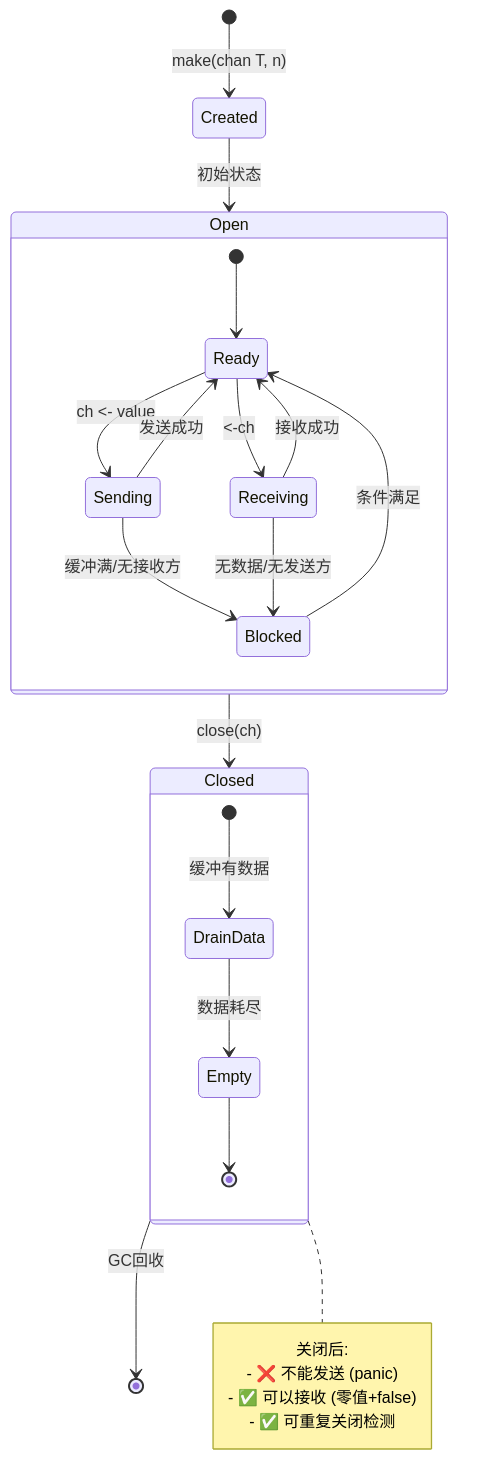
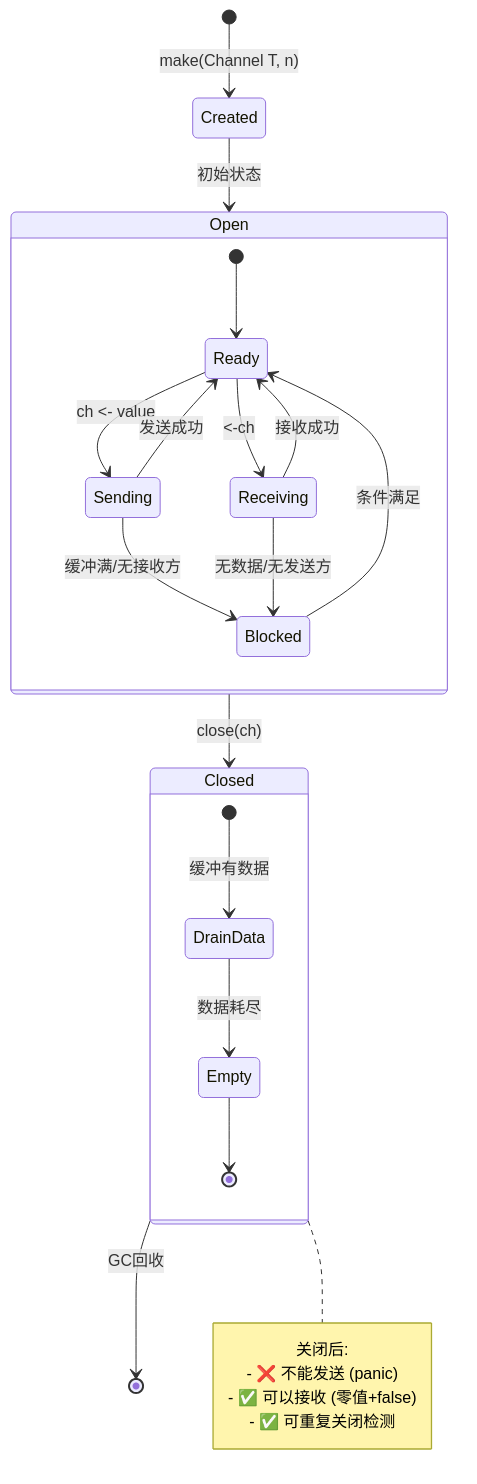
The third of 4 diagrams in docs/fundamentals/language/02-并发编程/03-Channel基础.md (AdaMartin18010/golang), drawn with Mermaid before and after one commit. The commit also changed other lines of this file and 586 other files, not shown here.

````diff
--- a/docs/fundamentals/language/02-并发编程/03-Channel基础.md
+++ b/docs/fundamentals/language/02-并发编程/03-Channel基础.md
@@ -118,37 +118,37 @@
 ```mermaid
 stateDiagram-v2
-    [*] --> Created: make(chan T, n)
+    [*] --> Created: make(Channel T, n)
 
     Created --> Open: 初始状态
 
     state Open {
         [*] --> Ready
         Ready --> Sending: ch <- value
         Ready --> Receiving: <-ch
 
         Sending --> Ready: 发送成功
         Receiving --> Ready: 接收成功
 
         Sending --> Blocked: 缓冲满/无接收方
         Receiving --> Blocked: 无数据/无发送方
 
         Blocked --> Ready: 条件满足
     }
 
     Open --> Closed: close(ch)
 
     state Closed {
         [*] --> DrainData: 缓冲有数据
         DrainData --> Empty: 数据耗尽
         Empty --> [*]
     }
 
     Closed --> [*]: GC回收
 
     note right of Closed
         关闭后:
         - ❌ 不能发送 (panic)
         - ✅ 可以接收 (零值+false)
         - ✅ 可重复关闭检测
     end note
 ```
````
